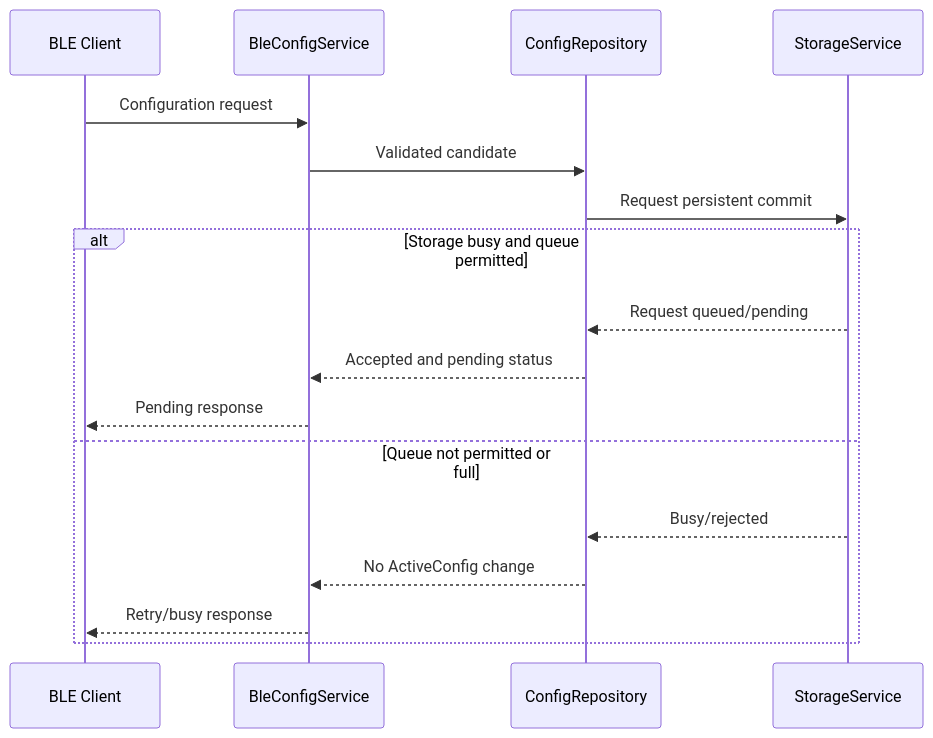
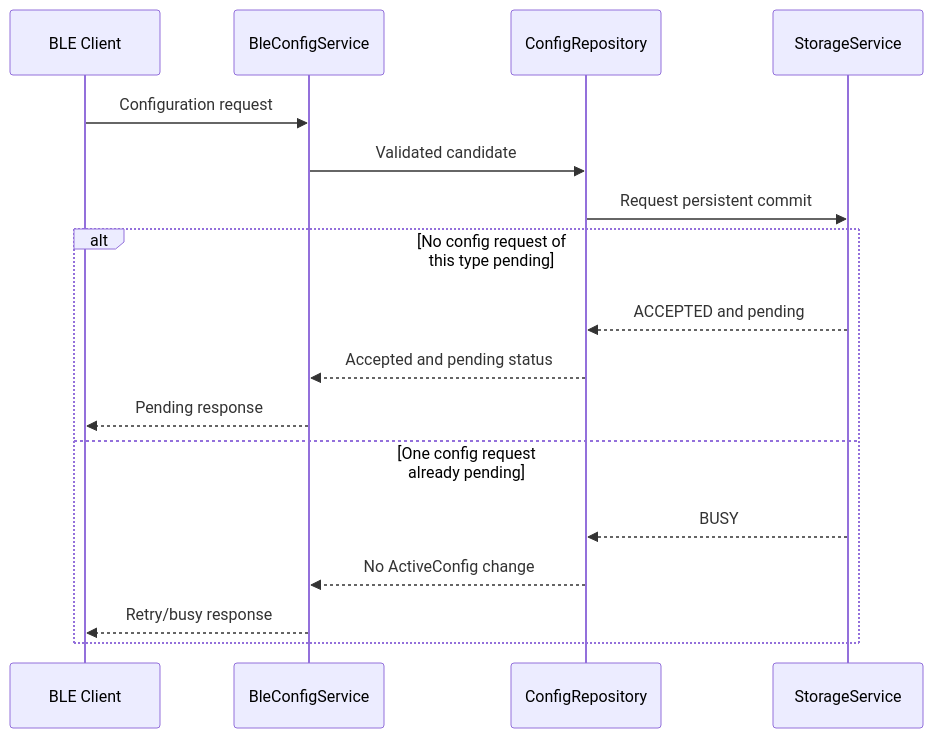
One commit to whoisLePhuc/smart-water-flow-pressure-monitor changed diagram 26 of 27 in 1.docs/00_overview/05_sequence_diagrams.md. Above: the diagram before and after it, drawn with Mermaid. The commit also changed other lines of this file and 14 other files, not shown here.

````diff
--- a/1.docs/00_overview/05_sequence_diagrams.md
+++ b/1.docs/00_overview/05_sequence_diagrams.md
@@ -848,20 +848,20 @@
 ```mermaid
 sequenceDiagram
     participant CLIENT as BLE Client
     participant BLE as BleConfigService
     participant CR as ConfigRepository
     participant SS as StorageService
 
     CLIENT->>BLE: Configuration request
     BLE->>CR: Validated candidate
     CR->>SS: Request persistent commit
-    alt Storage busy and queue permitted
-        SS-->>CR: Request queued/pending
+    alt No config request of this type pending
+        SS-->>CR: ACCEPTED and pending
         CR-->>BLE: Accepted and pending status
         BLE-->>CLIENT: Pending response
-    else Queue not permitted or full
-        SS-->>CR: Busy/rejected
+    else One config request already pending
+        SS-->>CR: BUSY
         CR-->>BLE: No ActiveConfig change
         BLE-->>CLIENT: Retry/busy response
     end
 ```
````
